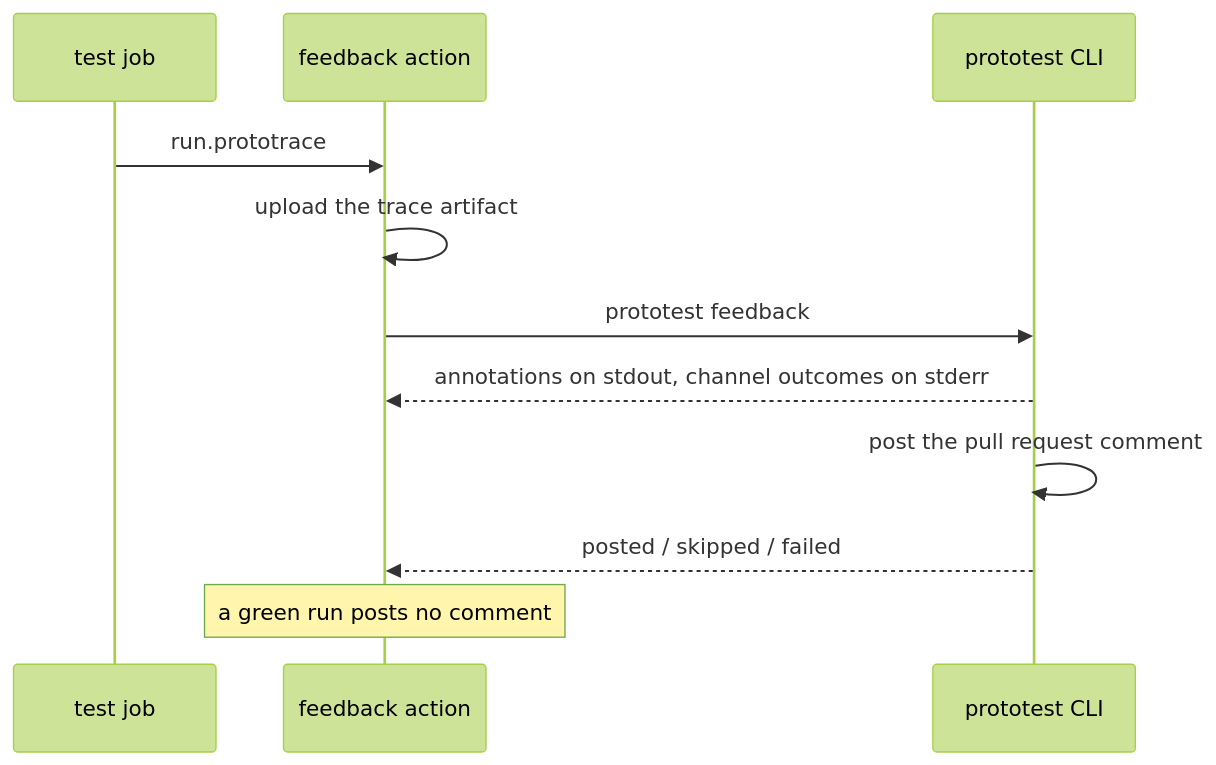
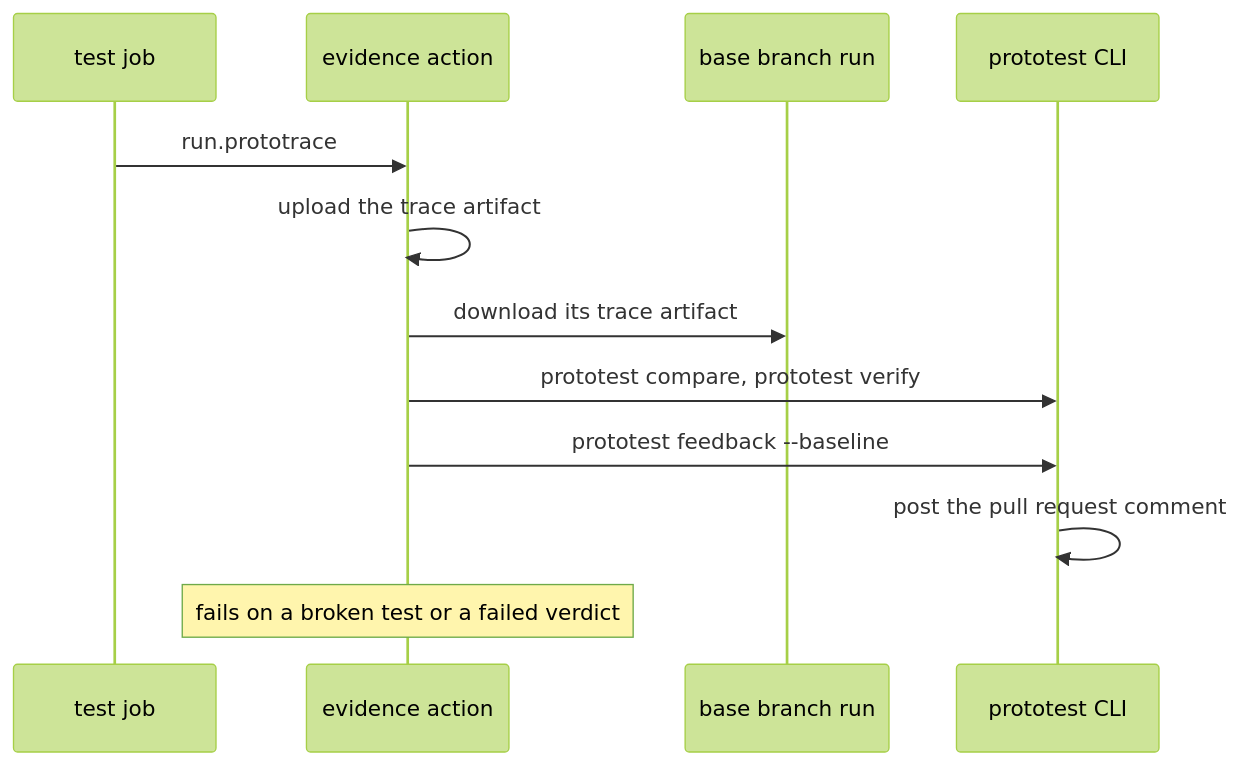
The second of 2 diagrams in docs/docs/continuous-integration/index.md (MSeys/ProtoTest), drawn with Mermaid (forest theme) before and after one commit. The commit also changed other lines of this file and 20 other files, not shown here.

Commit message:
Move the GitHub Action to its own repository and post what a pull request broke and fixed against the base branch.

````diff
--- a/docs/docs/continuous-integration/index.md
+++ b/docs/docs/continuous-integration/index.md
@@ -51,13 +51,14 @@
 ```mermaid
 sequenceDiagram
     participant job as test job
-    participant action as feedback action
+    participant action as evidence action
+    participant base as base branch run
     participant cli as prototest CLI
     job->>action: run.prototrace
     action->>action: upload the trace artifact
-    action->>cli: prototest feedback
-    cli-->>action: annotations on stdout, channel outcomes on stderr
+    action->>base: download its trace artifact
+    action->>cli: prototest compare, prototest verify
+    action->>cli: prototest feedback --baseline
     cli->>cli: post the pull request comment
-    cli-->>action: posted / skipped / failed
-    Note over action: a green run posts no comment
+    Note over action: fails on a broken test or a failed verdict
 ```
````
